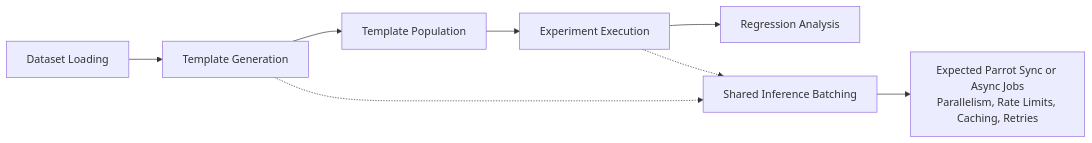
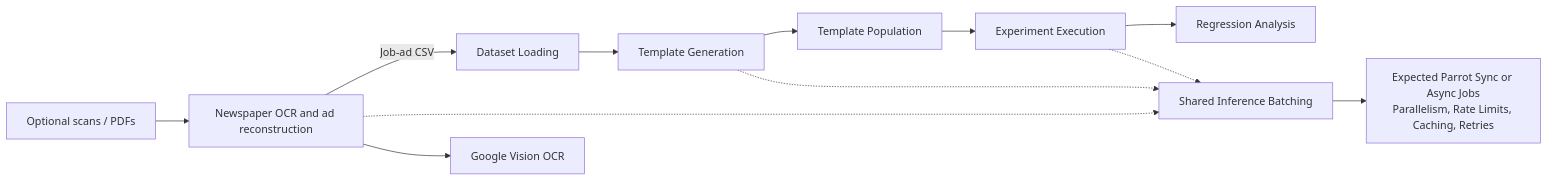
The diagram in docs/architecture/architecture_overview.mmd (KirillUtyashev/LLM_AuditKit), drawn with Mermaid before and after one commit. The commit also changed 24 other files, not shown here.

Commit message:
Add newspaper OCR preprocessing (#35)

```diff
--- a/docs/architecture/architecture_overview.mmd
+++ b/docs/architecture/architecture_overview.mmd
@@ -1,12 +1,16 @@
 ---
 config:
   theme: mc
 ---
 flowchart LR
+    S[Optional scans / PDFs] --> O[Newspaper OCR and ad reconstruction]
+    O -->|Job-ad CSV| A
     A[Dataset Loading] --> B[Template Generation]
     B --> C[Template Population]
     C --> D[Experiment Execution]
     D --> E[Regression Analysis]
     B -.-> I[Shared Inference Batching]
     D -.-> I
+    O -.-> I
+    O --> V[Google Vision OCR]
     I --> F[Expected Parrot Sync or Async Jobs<br/>Parallelism, Rate Limits, Caching, Retries]
```
